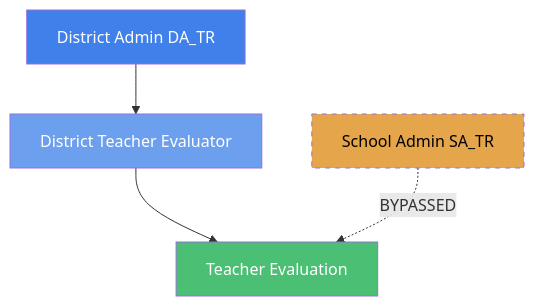
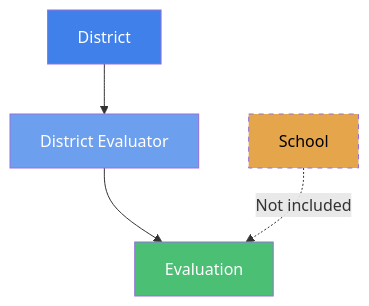
Before and after one commit to hoc-stateeval/stateeval-help: the second of 2 diagrams in docs/reference/settings-inheritance.md, drawn with Mermaid. The commit also changed other lines of this file, not shown here.

````diff
--- a/docs/reference/settings-inheritance.md
+++ b/docs/reference/settings-inheritance.md
@@ -105,12 +69,12 @@
 ```mermaid
 flowchart TD
-    DA[District Admin DA_TR] --> DTE[District Teacher Evaluator]
-    DTE --> EVAL[Teacher Evaluation]
-    SA[School Admin SA_TR]
-    SA -.->|BYPASSED| EVAL
+    DA[District] --> DTE[District Evaluator]
+    DTE --> EVAL[Evaluation]
+    SA[School]
+    SA -.->|Not included| EVAL
 
     style DA fill:#3F80EA,color:#fff
     style DTE fill:#6d9fef,color:#fff
     style EVAL fill:#4BBF73,color:#fff
     style SA fill:#E5A54B,color:#000,stroke-dasharray: 5 5
 ```
````
